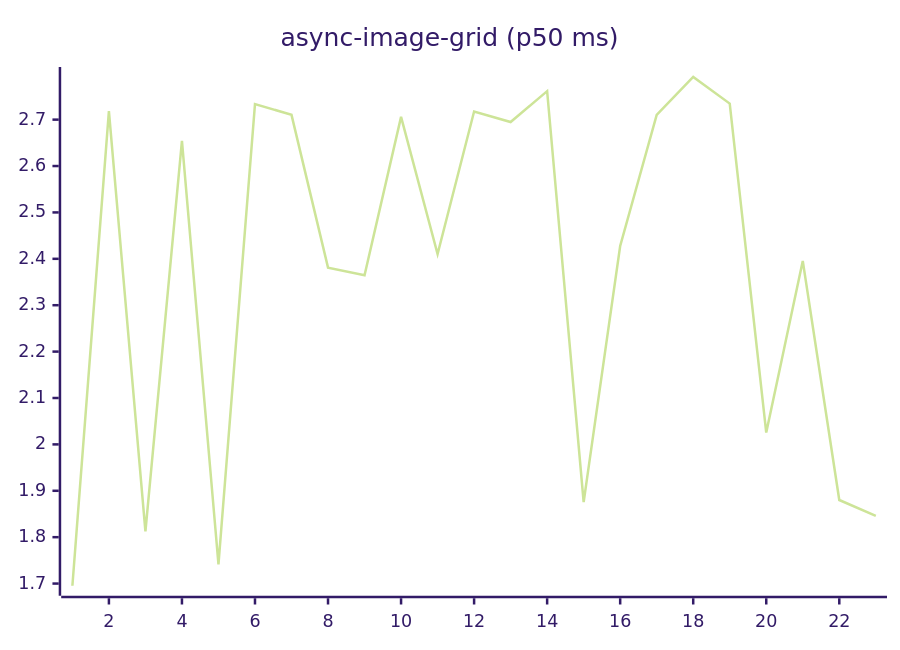
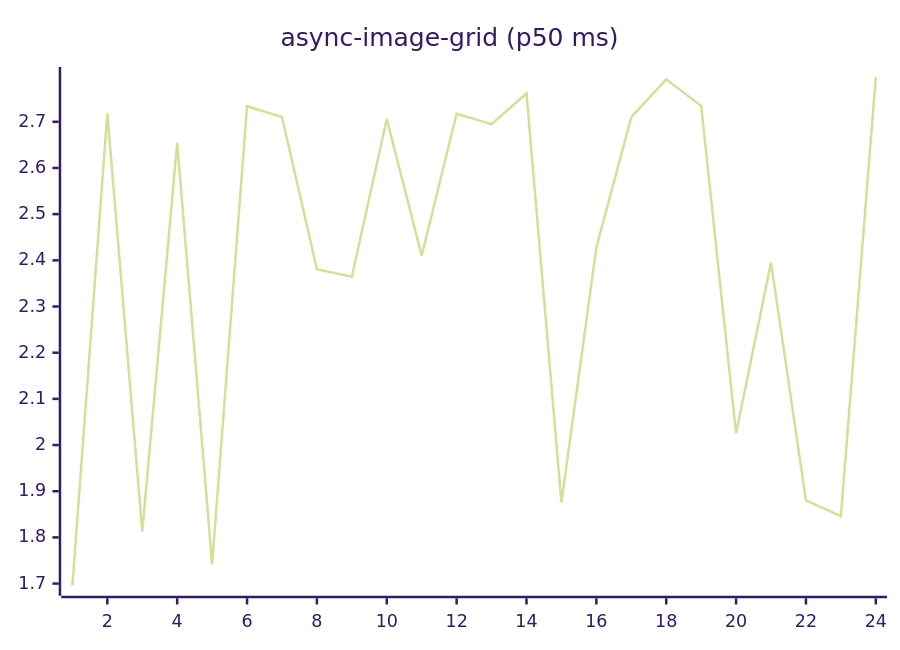
The fifth of 27 diagrams in README.md (josha/Facet), drawn with Mermaid (forest theme) before and after one commit. The commit also changed other lines of this file and 2 other files, not shown here.

````diff
--- a/README.md
+++ b/README.md
@@ -91,6 +91,6 @@
 ```mermaid
 xychart-beta
     title "async-image-grid (p50 ms)"
-    x-axis 1 --> 23
-    line [1.6953, 2.7184, 1.8124, 2.6543, 1.7415, 2.7336, 2.7103, 2.3810, 2.3646, 2.7059, 2.4103, 2.7175, 2.6949, 2.7614, 1.8756, 2.4277, 2.7103, 2.7919, 2.7346, 2.0254, 2.3955, 1.8801, 1.8461]
+    x-axis 1 --> 24
+    line [1.6953, 2.7184, 1.8124, 2.6543, 1.7415, 2.7336, 2.7103, 2.3810, 2.3646, 2.7059, 2.4103, 2.7175, 2.6949, 2.7614, 1.8756, 2.4277, 2.7103, 2.7919, 2.7346, 2.0254, 2.3955, 1.8801, 1.8461, 2.7970]
 ```
````
